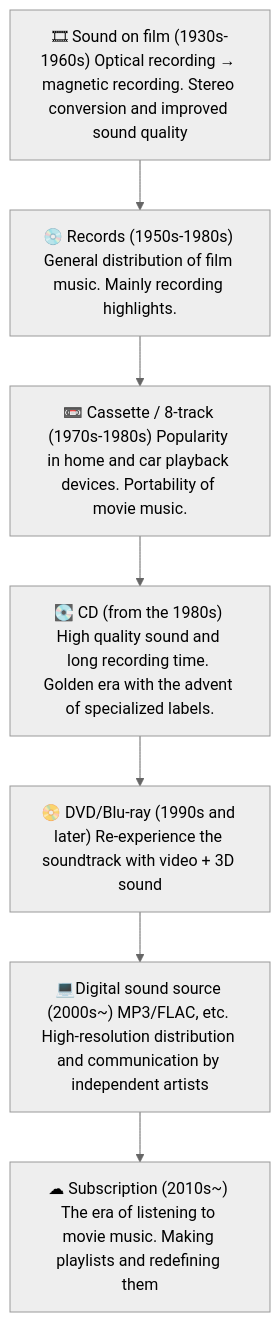
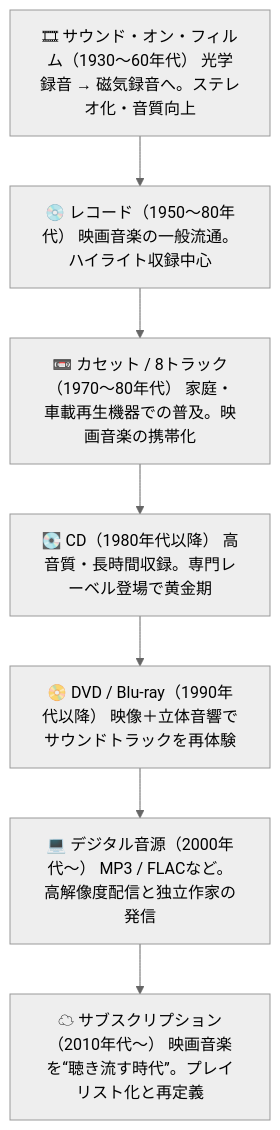
One commit to monumental-movement/monumental-movement.github.io changed the diagram in en/_posts/2025-07-17-Column-Soundtrack.md. Above: the diagram before and after it, drawn with Mermaid (neutral theme). The commit also changed other lines of this file and 775 other files, not shown here.

```diff
--- a/en/_posts/2025-07-17-Column-Soundtrack.md
+++ b/en/_posts/2025-07-17-Column-Soundtrack.md
@@ -102,14 +101,14 @@
 <div class="mermaid">
 
 flowchart TD
-  A["🎞 Sound on film (1930s-1960s) Optical recording → magnetic recording. Stereo conversion and improved sound quality"]
-  B["💿 Records (1950s-1980s) General distribution of film music. Mainly recording highlights."]
-  C["📼 Cassette / 8-track (1970s-1980s) Popularity in home and car playback devices. Portability of movie music."]
-  D["💽 CD (from the 1980s) High quality sound and long recording time. Golden era with the advent of specialized labels."]
-  E["📀 DVD/Blu-ray (1990s and later) Re-experience the soundtrack with video + 3D sound"]
-  F["💻Digital sound source (2000s~) MP3/FLAC, etc. High-resolution distribution and communication by independent artists"]
-  G["☁ Subscription (2010s~) The era of listening to movie music. Making playlists and redefining them"]
+  A["🎞 サウンド・オン・フィルム（1930〜60年代） 光学録音 → 磁気録音へ。ステレオ化・音質向上"]
+  B["💿 レコード（1950〜80年代） 映画音楽の一般流通。ハイライト収録中心"]
+  C["📼 カセット / 8トラック（1970〜80年代） 家庭・車載再生機器での普及。映画音楽の携帯化"]
+  D["💽 CD（1980年代以降） 高音質・長時間収録。専門レーベル登場で黄金期"]
+  E["📀 DVD / Blu-ray（1990年代以降） 映像＋立体音響でサウンドトラックを再体験"]
+  F["💻 デジタル音源（2000年代〜） MP3 / FLACなど。高解像度配信と独立作家の発信"]
+  G["☁ サブスクリプション（2010年代〜） 映画音楽を“聴き流す時代”。プレイリスト化と再定義"]
 
   A --> B --> C --> D --> E --> F --> G
 
 </div>
```
